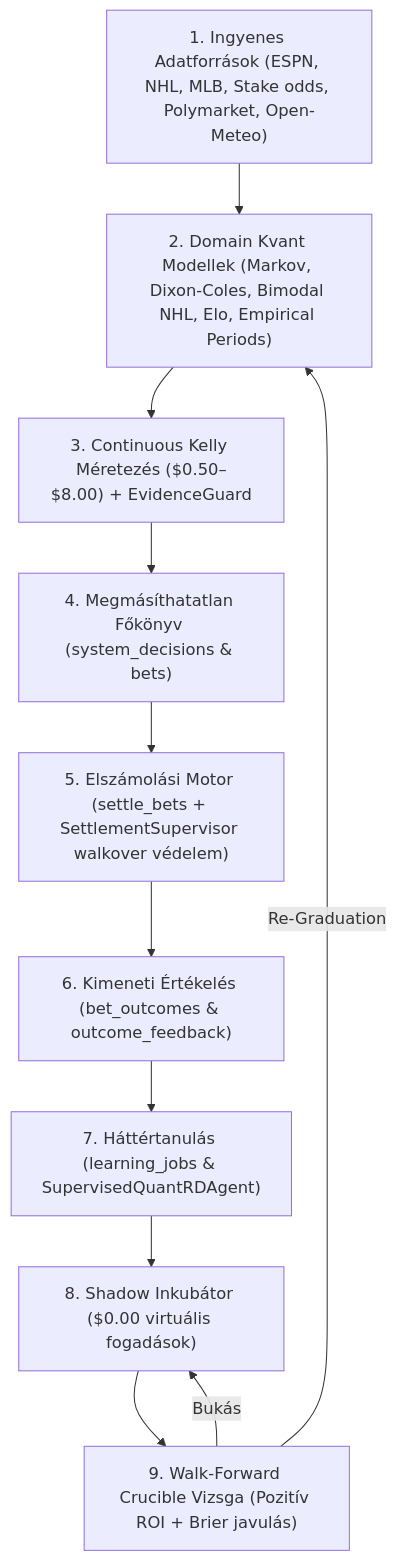
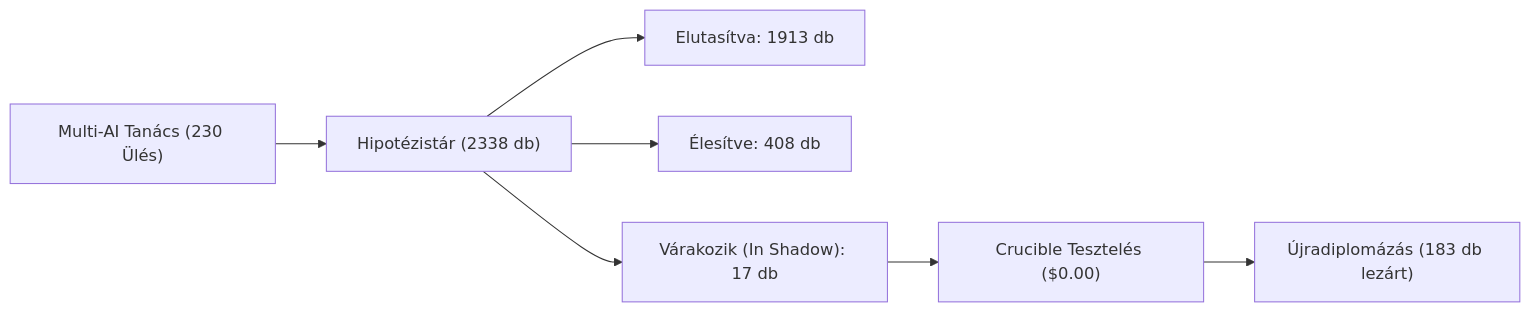
The diagram in docs/SYSTEM_AUDIT_REPORT_20261022.md (xbtblvrg/Betting_tips_engine), drawn with Mermaid before and after one commit. The commit also changed other lines of this file and 4 other files, not shown here.

````diff
--- a/docs/SYSTEM_AUDIT_REPORT_20261022.md
+++ b/docs/SYSTEM_AUDIT_REPORT_20261022.md
@@ -43,13 +54,9 @@
 ```mermaid
-flowchart TD
-    A["1. Ingyenes Adatforrások (ESPN, NHL, MLB, Stake odds, Polymarket, Open-Meteo)"] --> B["2. Domain Kvant Modellek (Markov, Dixon-Coles, Bimodal NHL, Elo, Empirical Periods)"]
-    B --> C["3. Continuous Kelly Méretezés ($0.50–$8.00) + EvidenceGuard"]
-    C --> D["4. Megmásíthatatlan Főkönyv (system_decisions & bets)"]
-    D --> E["5. Elszámolási Motor (settle_bets + SettlementSupervisor walkover védelem)"]
-    E --> F["6. Kimeneti Értékelés (bet_outcomes & outcome_feedback)"]
-    F --> G["7. Háttértanulás (learning_jobs & SupervisedQuantRDAgent)"]
-    G --> H["8. Shadow Inkubátor ($0.00 virtuális fogadások)"]
-    H --> I["9. Walk-Forward Crucible Vizsga (Pozitív ROI + Brier javulás)"]
-    I -->|Re-Graduation| B
-    I -->|Bukás| H
+flowchart LR
+    A["Multi-AI Tanács (230 Ülés)"] --> B["Hipotézistár (2338 db)"]
+    B --> C["Elutasítva: 1913 db"]
+    B --> D["Élesítve: 408 db"]
+    B --> E["Várakozik (In Shadow): 17 db"]
+    E --> F["Crucible Tesztelés ($0.00)"]
+    F --> G["Újradiplomázás (183 db lezárt)"]
 ```
````
